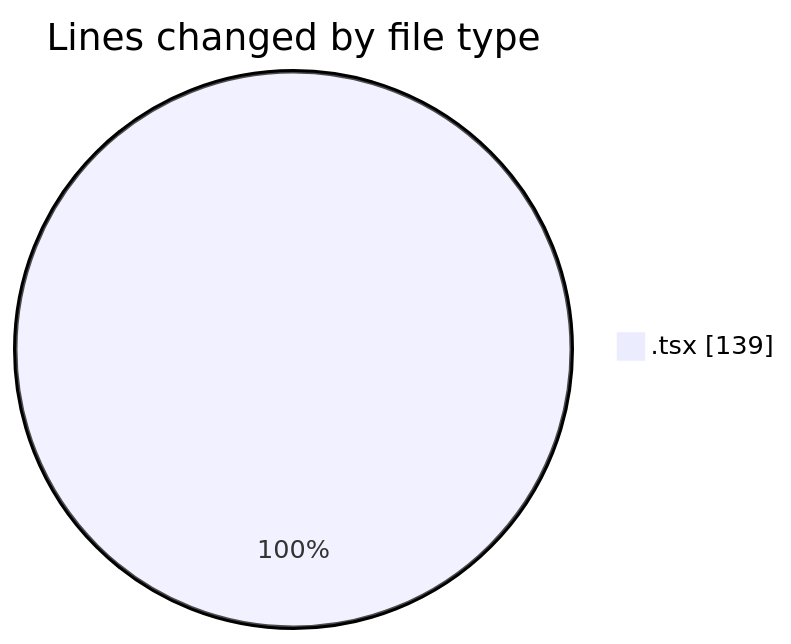
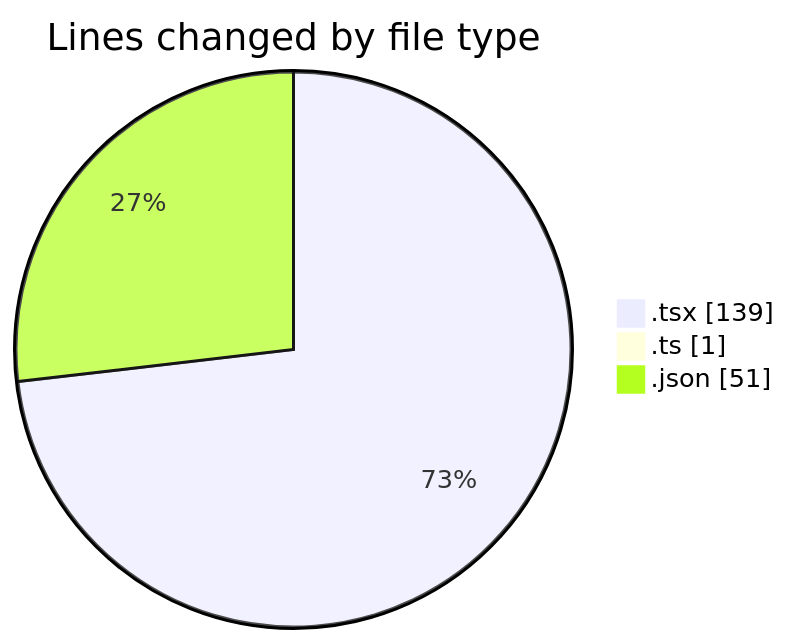
The first of 2 diagrams in 2025-10-21/eventscop-frontend-guide__workspace_/README.md (julien-gomy/code-tracking), drawn with Mermaid before and after one commit. The commit also changed other lines of this file and 1 other file, not shown here.

````diff
--- a/2025-10-21/eventscop-frontend-guide__workspace_/README.md
+++ b/2025-10-21/eventscop-frontend-guide__workspace_/README.md
@@ -24,5 +26,7 @@
 ```mermaid
 pie showData
 title Lines changed by file type
 ".tsx" : 139
+".ts" : 1
+".json" : 51
 ```
````
